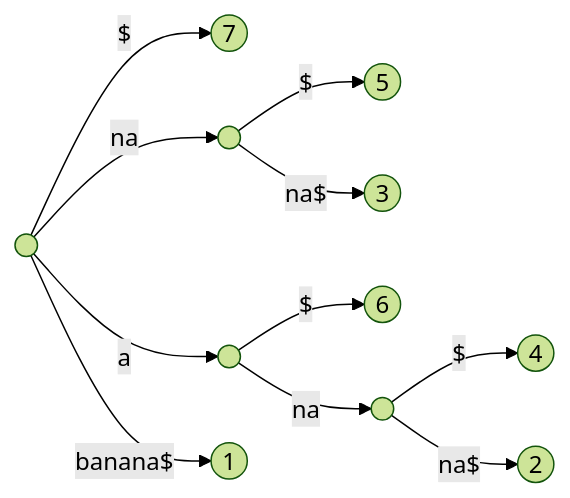
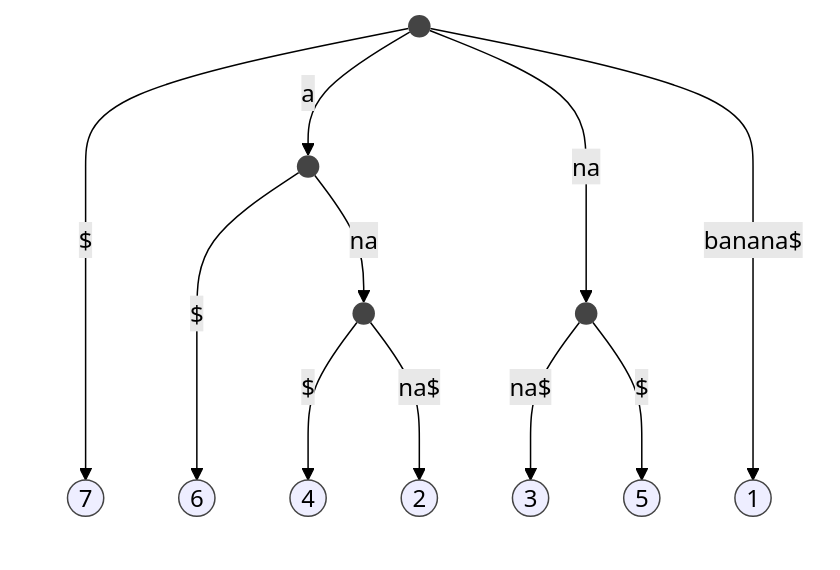
Before and after one commit to crispymcbacon/dssc-vault-algorithmic-design-22-23: the diagram in notes/temp-notes/n18-multiple-pattern-matching.md, drawn with Mermaid (forest theme). The commit also changed other lines of this file and 4 other files, not shown here.

````diff
--- a/notes/temp-notes/n18-multiple-pattern-matching.md
+++ b/notes/temp-notes/n18-multiple-pattern-matching.md
@@ -50,13 +50,34 @@
 ```mermaid
-flowchart LR;
-ida((" ")) -- $ --> id7(("7"));
-ida((" ")) -- a --> idc(("."));
-ida((" ")) -- na --> idb(("."));
-ida((" ")) -- banana$ --> id1(("1"));
-idb((" ")) -- $ --> id5(("5"));
-idb((" ")) -- na$ --> id3(("3"));
-idc((" ")) -- $ --> id6(("6"));
-idc((" ")) -- na --> idd(("."));
-idd((" ")) -- $ --> id4(("4"));
-idd((" ")) -- na$ --> id2(("2"));
+graph TB
+
+ida(( )) -- $ --> id7((7));
+ida(( )) -- a --> idb(( ));
+ida(( )) -- na --> idc(( ));
+ida(( )) -- banana$ --> id1((1));
+
+idb(( )) -- $ --> id6((6));
+idb(( )) -- na --> idd(( ));
+
+idc(( )) -- na$ --> id3((3));
+idc(( )) -- $ --> id5((5));
+
+idd(( )) -- $ --> id4((4));
+idd(( )) -- na$ --> id2((2));
+
+subgraph subpt [ ]
+id7((7))
+id6((6))
+id4((4))
+id2((2))
+id1((1))
+id5((5))
+id3((3))
+end
+style subpt fill:none, stroke:none;
+
+classDef path fill:#444, stroke:none;
+class ida,idb,idc,idd, path;
+
+classDef pattern fill:#EEF, stroke:#444;
+class id1,id2,id3,id4,id5,id6,id7 pattern;
 ```
````
